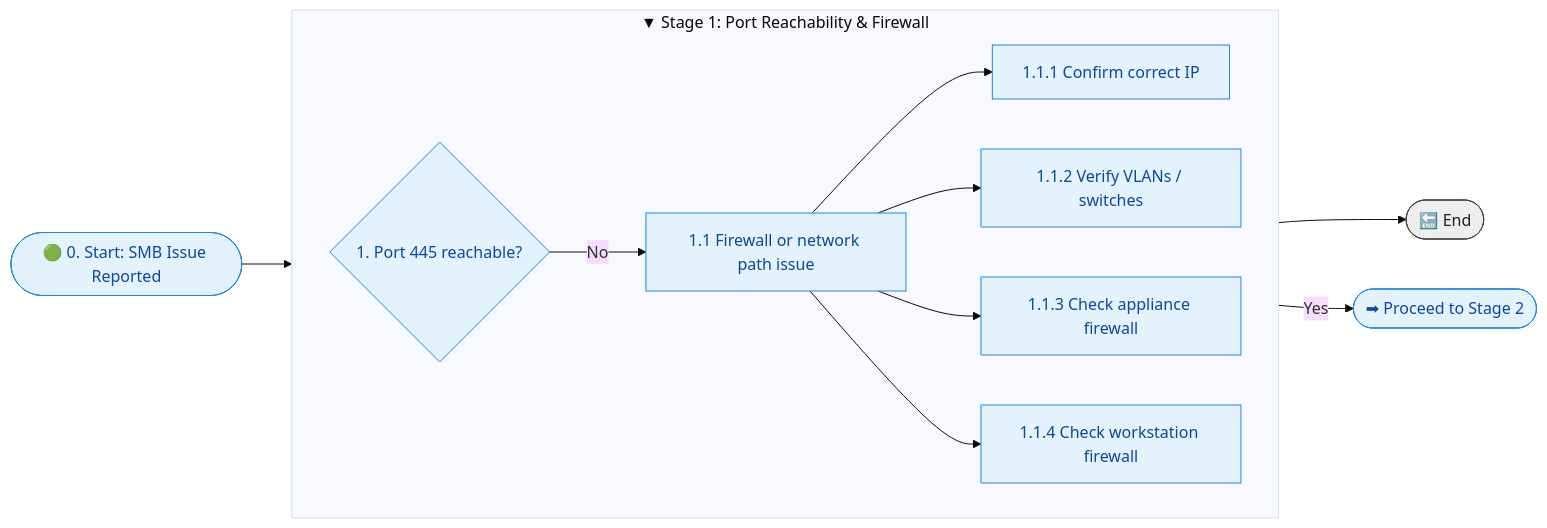
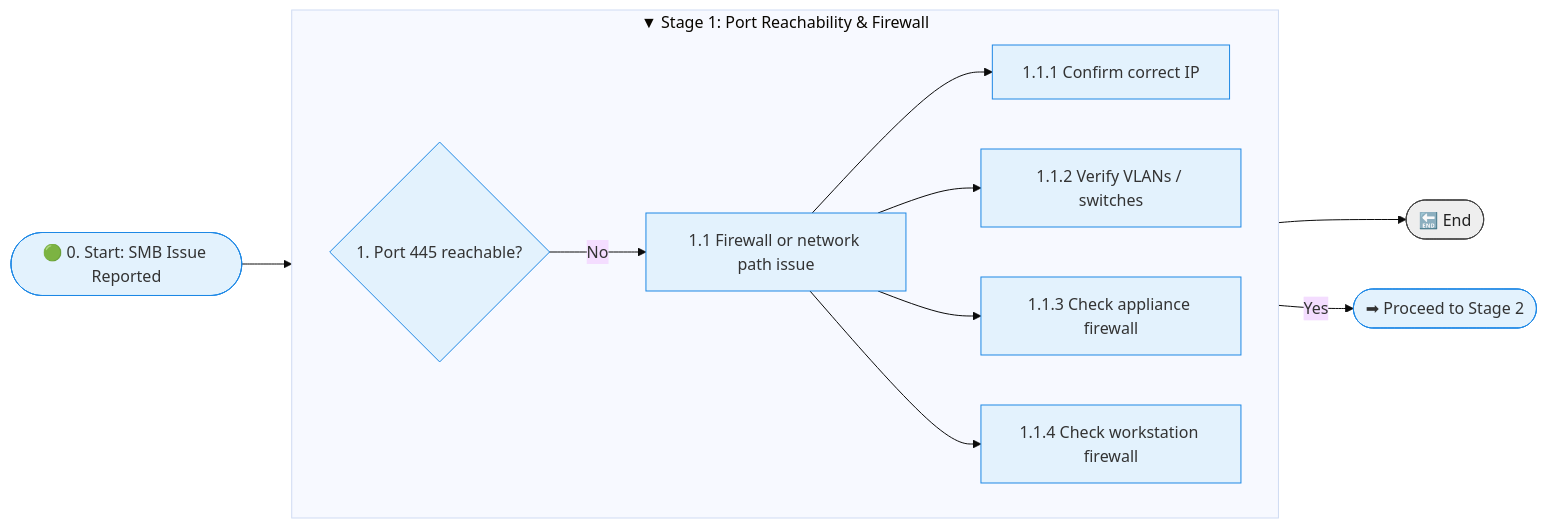
Before and after one commit to rikosintie/Haas_Data_collect: the second of 2 diagrams in docs/appendices/img/stage1.md, drawn with Mermaid (base theme). The commit also changed other lines of this file and 2 other files, not shown here.

Commit message:
Git Title: docs/appendices/img/stage1.md, stage2.md, stage3.md
Git Description:
Changed color of text to be easier to read

````diff
--- a/docs/appendices/img/stage1.md
+++ b/docs/appendices/img/stage1.md
@@ -31,34 +31,34 @@
 ```mermaid
 
 flowchart LR
 
     %% Styles
-    classDef stage1 fill:#e3f2fd,stroke:#1e88e5,stroke-width:1px,color:#0d47a1;
-    classDef terminal fill:#eeeeee,stroke:#424242,color:#212121,stroke-width:1px;
+    classDef stage1 fill:#e3f2fd,stroke:#1e88e5,stroke-width:1px,color:#0d47a1 !important;
+    classDef terminal fill:#eeeeee,stroke:#424242,color:#212121,stroke-width:1px !important;
 
     %% Stage 1 Entry
     A([🟢 0. Start: SMB Issue Reported]) --> B{1. Port 445 reachable?}
     class A,B stage1
 
     %% Stage 1
     subgraph Stage1 [▼ Stage 1: Port Reachability & Firewall]
         direction LR
 
         %% No path → firewall troubleshooting
         B -->|No| B1[1.1 Firewall or network path issue]
         B1 --> B1a[1.1.1 Confirm correct IP]
         B1 --> B1b[1.1.2 Verify VLANs / switches]
         B1 --> B1c[1.1.3 Check appliance firewall]
         B1 --> B1d[1.1.4 Check workstation firewall]
     end
 
     class B1,B1a,B1b,B1c,B1d stage1
 
     %% End if unreachable
     B1d --> Z([🔚 End])
     class Z terminal
 
     %% Yes path → Stage 2
     B -->|Yes| NextStage2([➡ Proceed to Stage 2])
     class NextStage2 stage1
 ```
````
